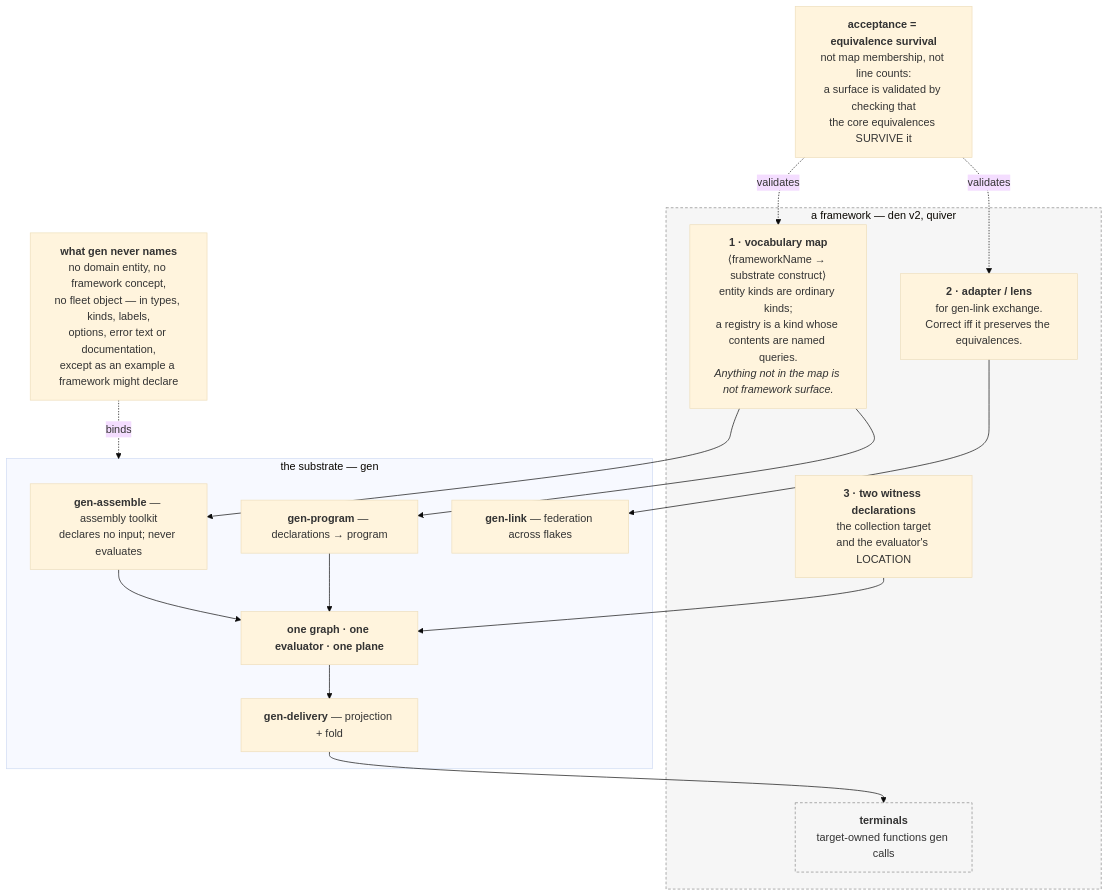
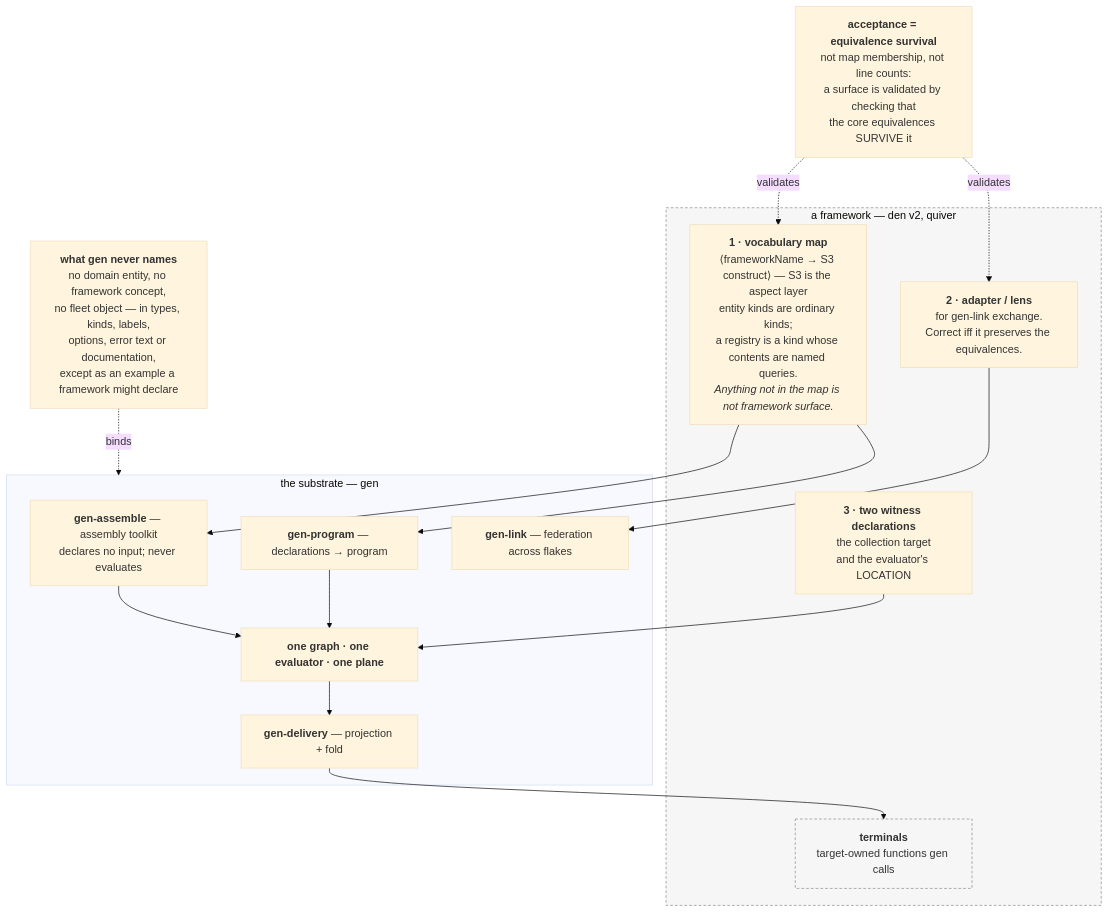
Before and after one commit to sini/gen: the fourth of 4 diagrams in ARCHITECTURE.md, drawn with Mermaid (base theme). The commit also changed other lines of this file and 2 other files, not shown here.

First line of the commit message:
fix: diagram 3 renders, and the library-graph check refuses what it cannot parse

````diff
--- a/ARCHITECTURE.md
+++ b/ARCHITECTURE.md
@@ -443,37 +445,37 @@
 ```mermaid
 flowchart TD
   subgraph fw["a framework — den v2, quiver"]
-    vocab["<b>1 · vocabulary map</b><br/>⟨frameworkName → substrate construct⟩<br/>entity kinds are ordinary kinds;<br/>a registry is a kind whose contents are named queries.<br/><i>Anything not in the map is not framework surface.</i>"]
+    vocab["<b>1 · vocabulary map</b><br/>⟨frameworkName → S3 construct⟩ — S3 is the aspect layer<br/>entity kinds are ordinary kinds;<br/>a registry is a kind whose contents are named queries.<br/><i>Anything not in the map is not framework surface.</i>"]
     lens["<b>2 · adapter / lens</b><br/>for gen-link exchange.<br/>Correct iff it preserves the equivalences."]
     witness["<b>3 · two witness declarations</b><br/>the collection target<br/>and the evaluator's LOCATION"]
     terminals["<b>terminals</b><br/>target-owned functions gen calls"]
   end
 
   subgraph sub["the substrate — gen"]
     toolkit["<b>gen-assemble</b> — assembly toolkit<br/>declares no input; never evaluates"]
     policy["<b>gen-program</b> — declarations → program"]
     realize["<b>gen-delivery</b> — projection + fold"]
     exchange["<b>gen-link</b> — federation across flakes"]
     core["<b>one graph · one evaluator · one plane</b>"]
   end
 
   vocab --> toolkit
   vocab --> policy
   witness --> core
   lens --> exchange
   realize --> terminals
 
   toolkit --> core
   policy --> core
   core --> realize
 
   check["<b>acceptance = equivalence survival</b><br/>not map membership, not line counts:<br/>a surface is validated by checking that<br/>the core equivalences SURVIVE it"]
   check -. "validates" .-> vocab
   check -. "validates" .-> lens
 
   refuse["<b>what gen never names</b><br/>no domain entity, no framework concept,<br/>no fleet object — in types, kinds, labels,<br/>options, error text or documentation,<br/>except as an example a framework might declare"]
   refuse -. "binds" .-> sub
 
   classDef ext fill:#f6f6f6,stroke:#888,stroke-dasharray: 4 3
   class fw,terminals ext
 ```
````
